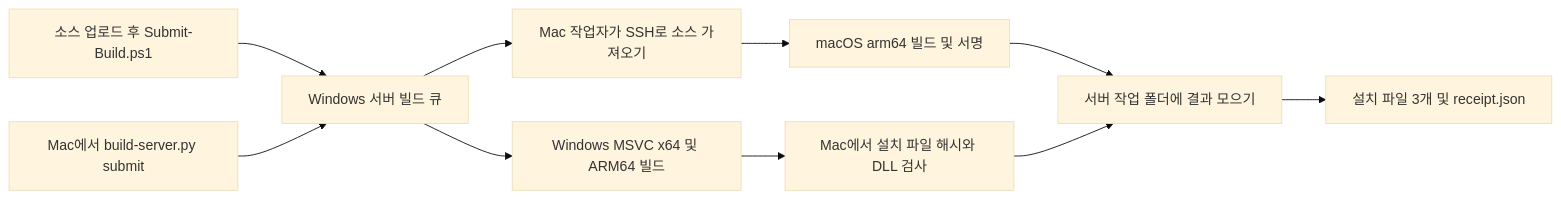
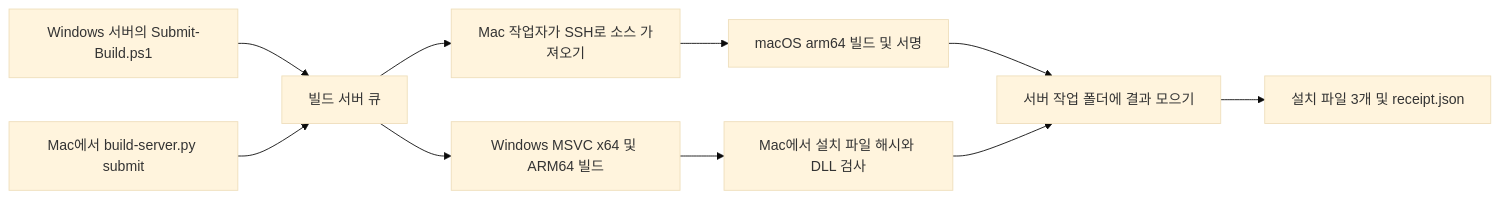
Before and after one commit to dododo-lab/cview-rust: the diagram in tools/build-server/README.md, drawn with Mermaid (base theme). The commit also changed other lines of this file and 18 other files, not shown here.

Commit message:
build: move formal Windows releases to Ubuntu and Parallels

````diff
--- a/tools/build-server/README.md
+++ b/tools/build-server/README.md
@@ -7,12 +7,12 @@
 ```mermaid
 flowchart LR
-    A[소스 업로드 후 Submit-Build.ps1] --> Q[Windows 서버 빌드 큐]
+    A[Windows 서버의 Submit-Build.ps1] --> Q[빌드 서버 큐]
     M[Mac에서 build-server.py submit] --> Q
     Q --> W[Windows MSVC x64 및 ARM64 빌드]
     Q --> P[Mac 작업자가 SSH로 소스 가져오기]
     P --> D[macOS arm64 빌드 및 서명]
     W --> V[Mac에서 설치 파일 해시와 DLL 검사]
     D --> R[서버 작업 폴더에 결과 모으기]
     V --> R
     R --> F[설치 파일 3개 및 receipt.json]
 ```
````
